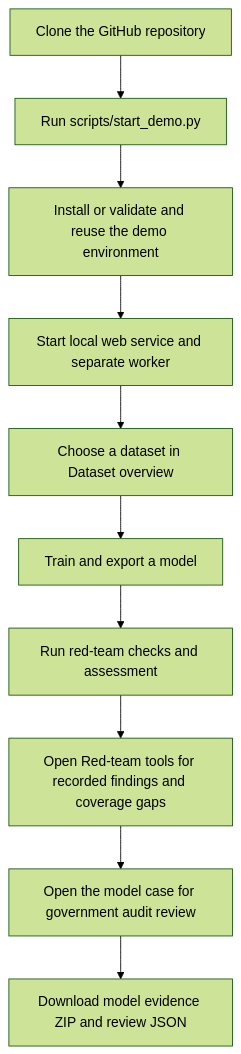
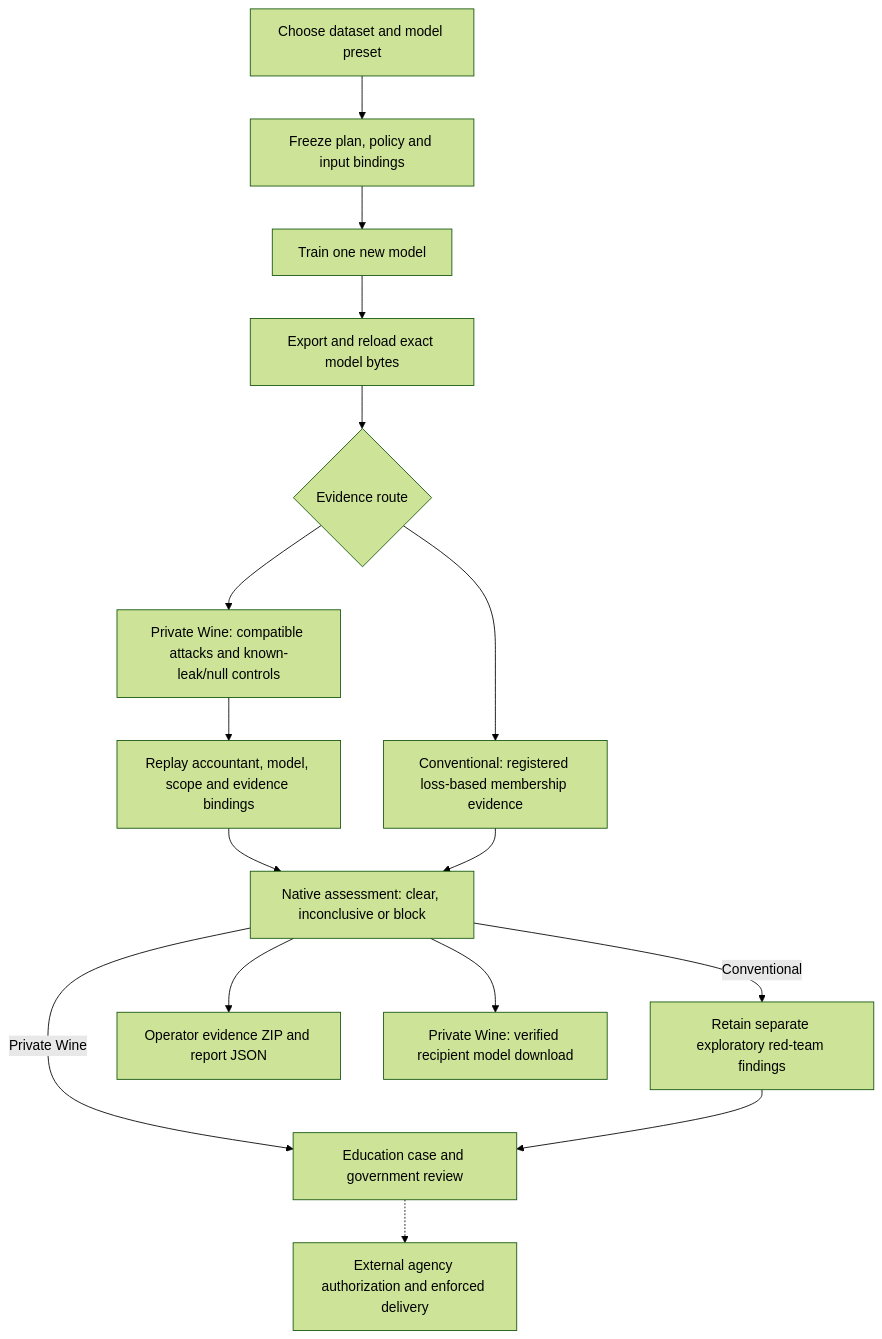
The diagram in README.md (elmontu/AI_ModeL_Check), drawn with Mermaid (forest theme) before and after one commit. The commit also changed other lines of this file and 5 other files, not shown here.

Commit message:
Add an evidence-linked pipeline flow to the local demo

````diff
--- a/README.md
+++ b/README.md
@@ -74,12 +83,18 @@
 ```mermaid
 flowchart TD
-    A[Clone the GitHub repository] --> B[Run scripts/start_demo.py]
-    B --> C[Install or validate and reuse the demo environment]
-    C --> D[Start local web service and separate worker]
-    D --> E[Choose a dataset in Dataset overview]
-    E --> F[Train and export a model]
-    F --> G[Run red-team checks and assessment]
-    G --> H[Open Red-team tools for recorded findings and coverage gaps]
-    H --> I[Open the model case for government audit review]
-    I --> J[Download model evidence ZIP and review JSON]
+    A["Choose dataset and model preset"] --> B["Freeze plan, policy and input bindings"]
+    B --> C["Train one new model"]
+    C --> D["Export and reload exact model bytes"]
+    D --> E{"Evidence route"}
+    E --> F["Private Wine: compatible attacks and known-leak/null controls"]
+    F --> G["Replay accountant, model, scope and evidence bindings"]
+    G --> H["Native assessment: clear, inconclusive or block"]
+    E --> I["Conventional: registered loss-based membership evidence"]
+    I --> H
+    H -->|Conventional| J["Retain separate exploratory red-team findings"]
+    H -->|Private Wine| K["Education case and government review"]
+    J --> K
+    H --> L["Operator evidence ZIP and report JSON"]
+    H --> M["Private Wine: verified recipient model download"]
+    K -.-> N["External agency authorization and enforced delivery"]
 ```
````
